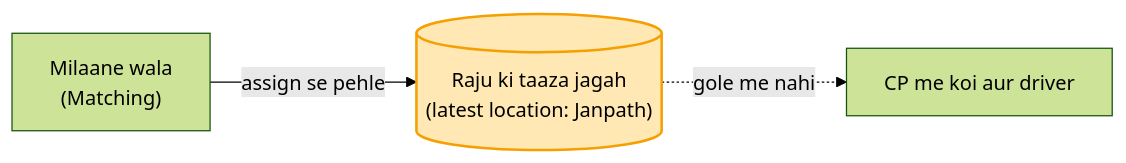
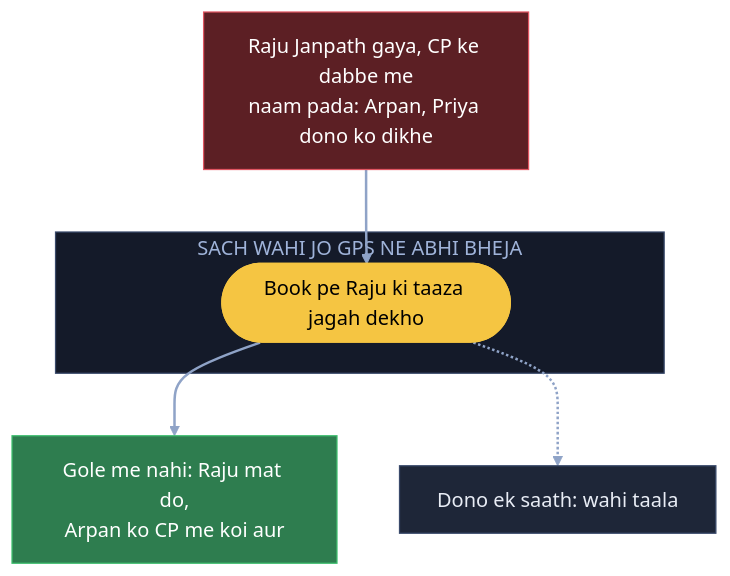
The sixth of 11 diagrams in 04_HLD/SYSTEM_DESIGNS/15_uber/15_uber.md (ArpanMaheshwari144/Prep), drawn with Mermaid (forest theme) before and after one commit. The commit also changed other lines of this file and 3 other files, not shown here.

Commit message:
Uber: 14 diagram hand notes ke shabdon se; K3 / K4 / K10 me naksha + chhoti gaadi (SVG); K6 apni jodi line hatai

````diff
--- a/04_HLD/SYSTEM_DESIGNS/15_uber/15_uber.md
+++ b/04_HLD/SYSTEM_DESIGNS/15_uber/15_uber.md
@@ -155,6 +200,18 @@
 ```mermaid
-flowchart LR
-    M["Milaane wala<br/>(Matching)"] -- "assign se pehle" --> L[("Raju ki taaza jagah<br/>(latest location: Janpath)")]
-    L -. "gole me nahi" .-> N["CP me koi aur driver"]
-    style L fill:#ffe8b3,stroke:#f59f00,stroke-width:2px,color:#000
+flowchart TB
+    X["Raju Janpath gaya, CP ke dabbe me<br/>naam pada: Arpan, Priya dono ko dikhe"]:::bad
+    subgraph TJ["SACH WAHI JO GPS NE ABHI BHEJA"]
+        L(["Book pe Raju ki taaza jagah dekho"]):::pill
+    end
+    N["Gole me nahi: Raju mat do,<br/>Arpan ko CP me koi aur"]:::good
+    T["Dono ek saath: wahi taala"]:::card
+    X --> L
+    L --> N
+    L -.-> T
+    linkStyle default stroke:#8fa3c7,stroke-width:2px
+    classDef card fill:#1e2638,stroke:#3a4a6b,color:#e8ecf5
+    classDef pill fill:#f5c542,stroke:#f5c542,color:#000
+    classDef good fill:#2e7d4f,stroke:#3fbf6f,color:#fff
+    classDef bad fill:#5c1f24,stroke:#e05561,color:#fff
+    style TJ fill:#141a29,stroke:#3a4a6b,color:#9fb3d9
 ```
````
